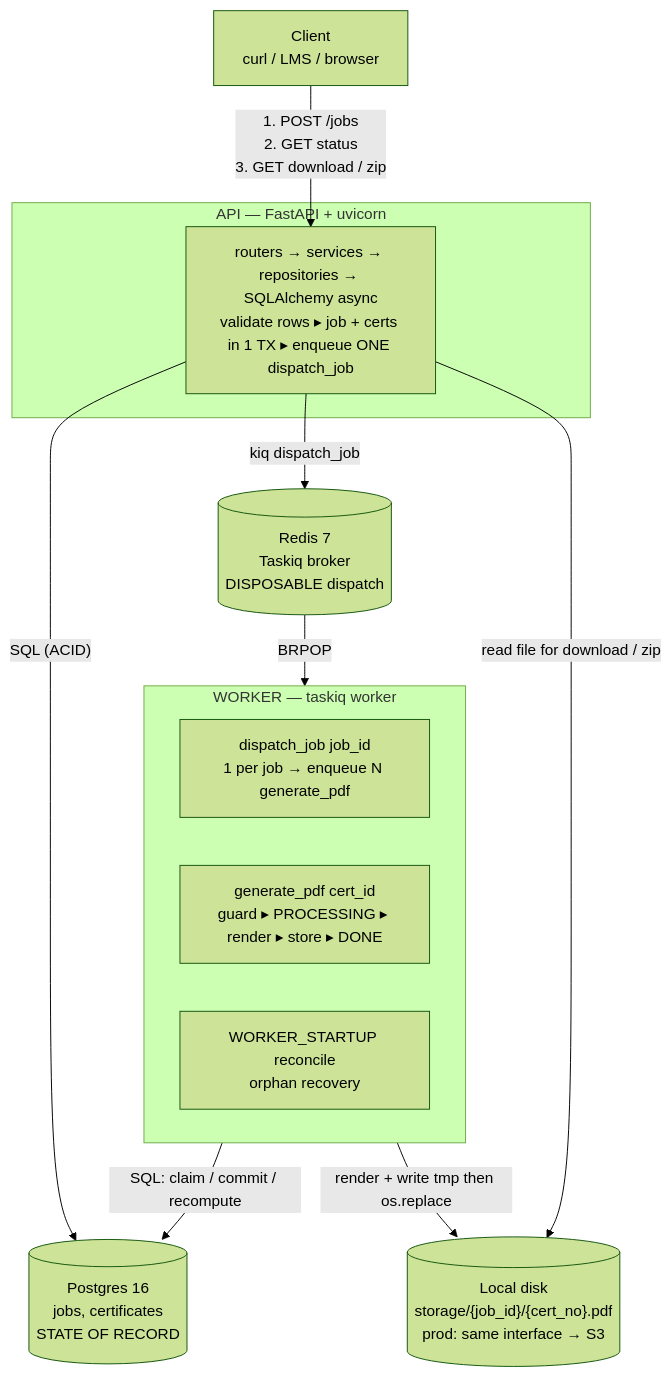
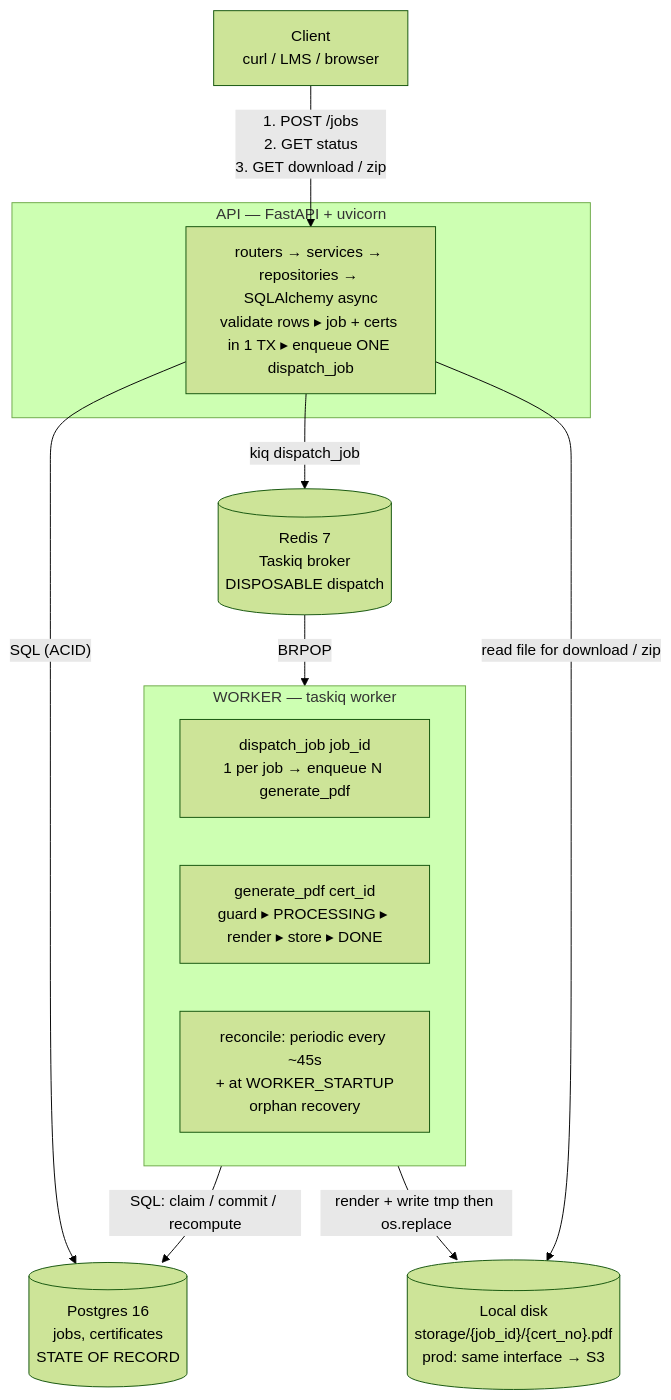
Before and after one commit to shah-dhwanil/aereo-assignment: the first of 13 diagrams in docs/superpowers/specs/2026-10-11-bulk-certificate-generator-design.md, drawn with Mermaid (forest theme). The commit also changed other lines of this file, not shown here.

````diff
--- a/docs/superpowers/specs/2026-10-11-bulk-certificate-generator-design.md
+++ b/docs/superpowers/specs/2026-10-11-bulk-certificate-generator-design.md
@@ -65,27 +66,27 @@
 ```mermaid
 flowchart TB
     Client["Client<br/>curl / LMS / browser"]
 
     subgraph API["API — FastAPI + uvicorn"]
         Routers["routers → services → repositories → SQLAlchemy async<br/>validate rows ▸ job + certs in 1 TX ▸ enqueue ONE dispatch_job"]
     end
 
     Postgres[("Postgres 16<br/>jobs, certificates<br/>STATE OF RECORD")]
     Redis[("Redis 7<br/>Taskiq broker<br/>DISPOSABLE dispatch")]
 
     subgraph WORKER["WORKER — taskiq worker"]
         Dispatch["dispatch_job job_id<br/>1 per job → enqueue N generate_pdf"]
         Gen["generate_pdf cert_id<br/>guard ▸ PROCESSING ▸ render ▸ store ▸ DONE"]
-        Recon["WORKER_STARTUP reconcile<br/>orphan recovery"]
+        Recon["reconcile: periodic every ~45s<br/>+ at WORKER_STARTUP<br/>orphan recovery"]
     end
 
     Disk[("Local disk<br/>storage/{job_id}/{cert_no}.pdf<br/>prod: same interface → S3")]
 
     Client -->|"1. POST /jobs<br/>2. GET status<br/>3. GET download / zip"| Routers
     Routers -->|"SQL (ACID)"| Postgres
     Routers -->|"kiq dispatch_job"| Redis
     Redis -->|"BRPOP"| WORKER
     WORKER -->|"SQL: claim / commit / recompute"| Postgres
     WORKER -->|"render + write tmp then os.replace"| Disk
     Routers -->|"read file for download / zip"| Disk
 ```
````
